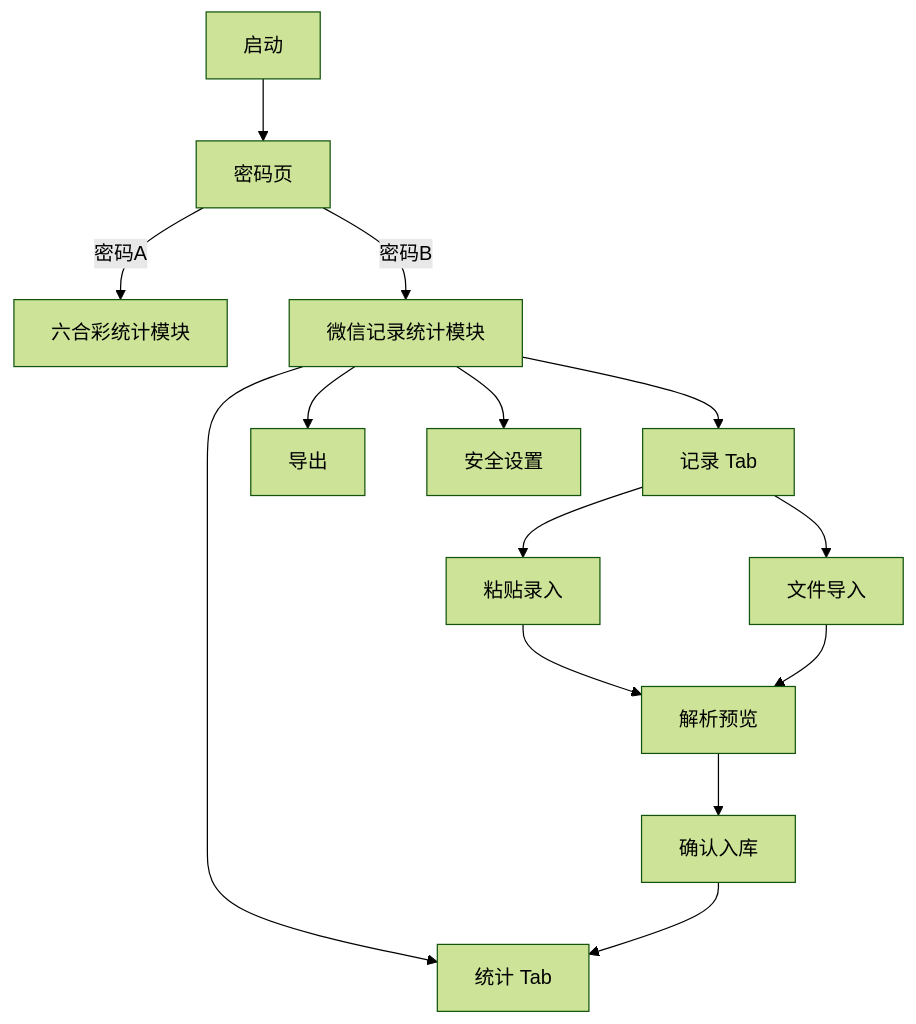
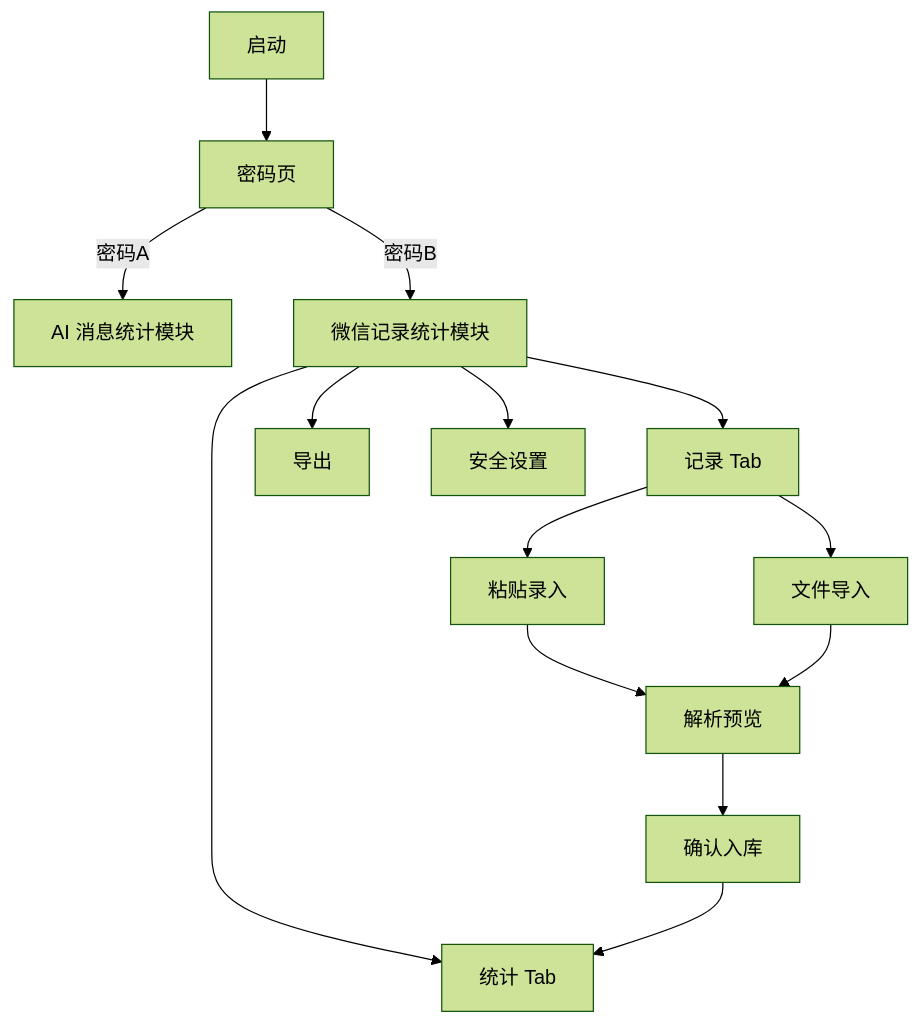
Before and after one commit to chenjianhuan/my-electron-app: the first of 3 diagrams in docs/WeChat-Module-V1-UI-UE-Spec.md, drawn with Mermaid (forest theme). The commit also changed other lines of this file and 13 other files, not shown here.

````diff
--- a/docs/WeChat-Module-V1-UI-UE-Spec.md
+++ b/docs/WeChat-Module-V1-UI-UE-Spec.md
@@ -42,18 +42,18 @@
 ```mermaid
 flowchart TD
   A[启动] --> B[密码页]
-  B -->|密码A| C[六合彩统计模块]
+  B -->|密码A| C[AI 消息统计模块]
   B -->|密码B| D[微信记录统计模块]
 
   D --> D1[记录 Tab]
   D --> D2[统计 Tab]
   D --> D3[导出]
   D --> D4[安全设置]
 
   D1 --> E1[粘贴录入]
   D1 --> E2[文件导入]
   E1 --> E3[解析预览]
   E2 --> E3
   E3 --> E4[确认入库]
   E4 --> D2
 ```
````
